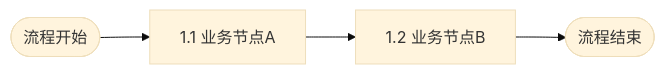
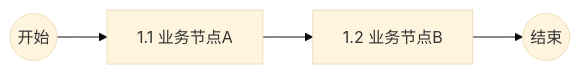
The first of 7 diagrams in .cursor/rules/design/design-template.mdc (oleewen/ai-master), drawn with Mermaid (base theme) before and after one commit. The commit also changed other lines of this file and 6 other files, not shown here.

````diff
--- a/.cursor/rules/design/design-template.mdc
+++ b/.cursor/rules/design/design-template.mdc
@@ -36,6 +36,6 @@
 ```mermaid
 flowchart LR
-    S([流程开始]) --> A[1.1 业务节点A]
+    S((开始)) --> A[1.1 业务节点A]
     A --> B[1.2 业务节点B]
-    B --> E([流程结束])
+    B --> E((结束))
 ```
````
